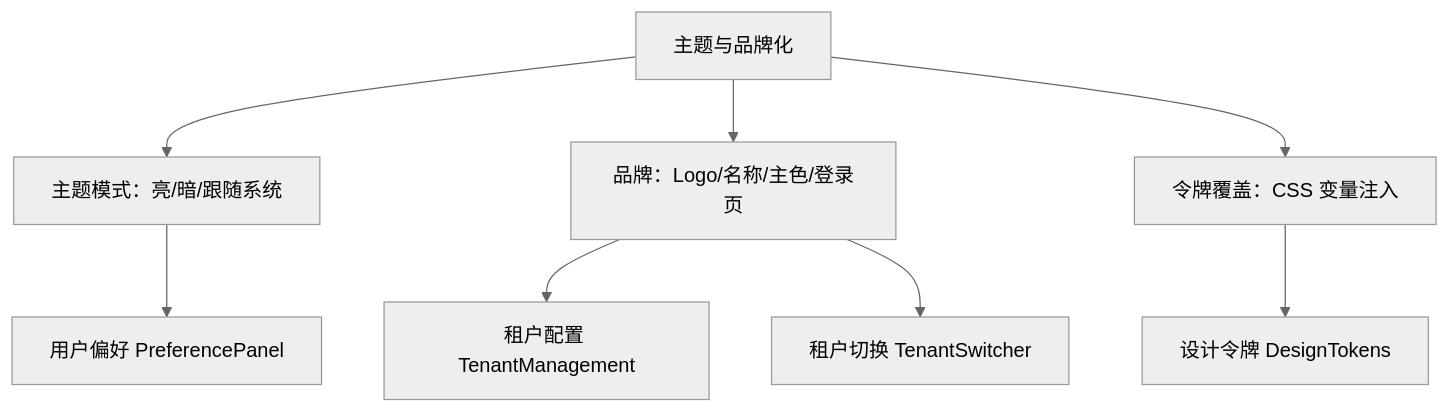
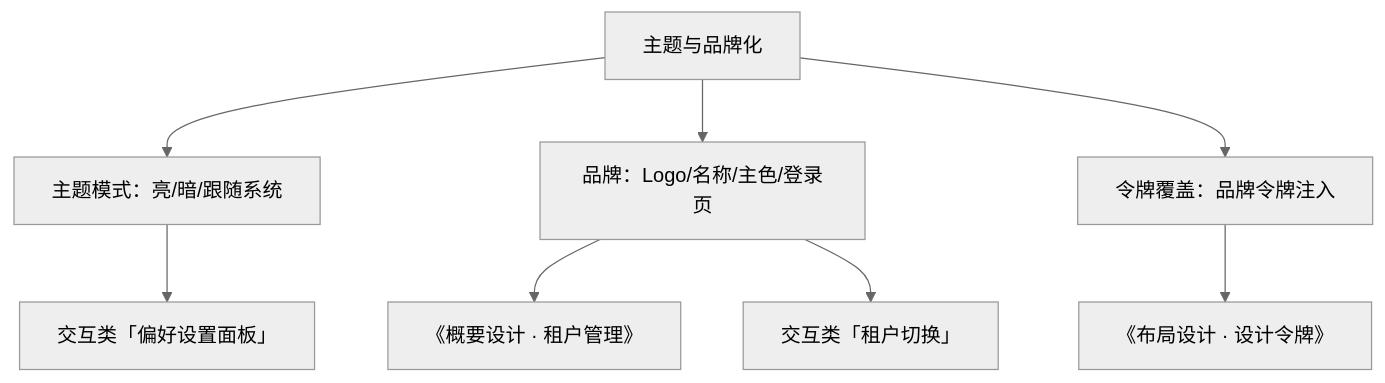
One commit to minjian123/basic-management-system changed the diagram in bms文档/设计/组件设计/08_交互类/17_组件设计_主题与品牌化/17_组件设计_主题与品牌化.md. Above: the diagram before and after it, drawn with Mermaid (neutral theme). The commit also changed other lines of this file and 238 other files, not shown here.

````diff
--- a/bms文档/设计/组件设计/08_交互类/17_组件设计_主题与品牌化/17_组件设计_主题与品牌化.md
+++ b/bms文档/设计/组件设计/08_交互类/17_组件设计_主题与品牌化/17_组件设计_主题与品牌化.md
@@ -17,10 +18,10 @@
 ```mermaid
 flowchart TD
     A[主题与品牌化] --> B[主题模式：亮/暗/跟随系统]
     A --> C[品牌：Logo/名称/主色/登录页]
-    A --> D[令牌覆盖：CSS 变量注入]
-    B --> E[用户偏好 PreferencePanel]
-    C --> F[租户配置 TenantManagement]
-    D --> G[设计令牌 DesignTokens]
-    C --> H[租户切换 TenantSwitcher]
+    A --> D[令牌覆盖：品牌令牌注入]
+    B --> E[交互类「偏好设置面板」]
+    C --> F[《概要设计 · 租户管理》]
+    D --> G[《布局设计 · 设计令牌》]
+    C --> H[交互类「租户切换」]
 ```
````
